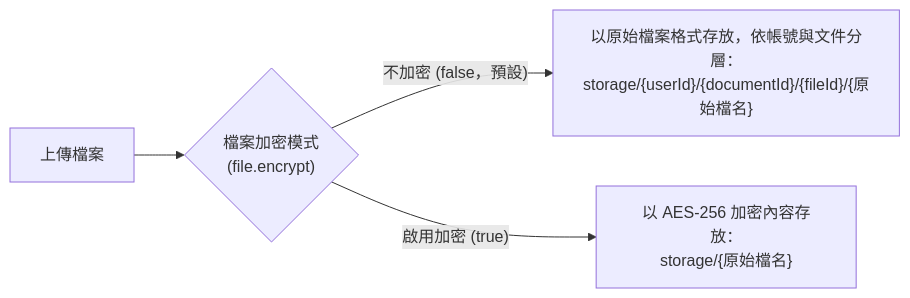
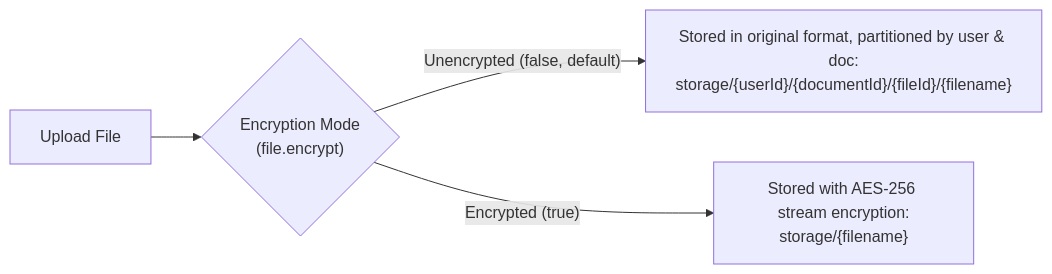
One commit to kafeiou/FormosaBearV-Docs changed the second of 3 diagrams in STORAGE.md. Above: the diagram before and after it, drawn with Mermaid. The commit also changed other lines of this file and 47 other files, not shown here.

````diff
--- a/STORAGE.md
+++ b/STORAGE.md
@@ -65,6 +67,6 @@
 ```mermaid
 flowchart LR
-    Upload["上傳檔案"] --> CheckEncrypt{"檔案加密模式<br/>(file.encrypt)"}
-    CheckEncrypt -- "不加密 (false，預設)" --> Unencrypted["以原始檔案格式存放，依帳號與文件分層：<br/>storage/{userId}/{documentId}/{fileId}/{原始檔名}"]
-    CheckEncrypt -- "啟用加密 (true)" --> Encrypted["以 AES-256 加密內容存放：<br/>storage/{原始檔名}"]
+    Upload["Upload File"] --> CheckEncrypt{"Encryption Mode<br/>(file.encrypt)"}
+    CheckEncrypt -- "Unencrypted (false, default)" --> Unencrypted["Stored in original format, partitioned by user & doc:<br/>storage/{userId}/{documentId}/{fileId}/{filename}"]
+    CheckEncrypt -- "Encrypted (true)" --> Encrypted["Stored with AES-256 stream encryption:<br/>storage/{filename}"]
 ```
````
